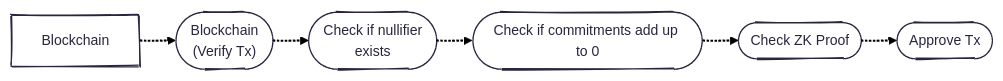
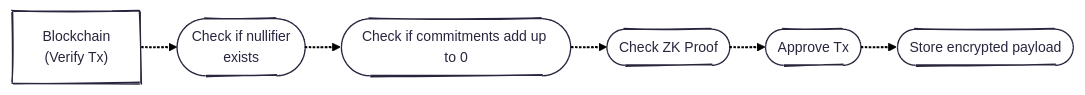
One commit to raylsnetwork/Enygma changed the sixth of 7 diagrams in enygma_payments/README.md. Above: the diagram before and after it, drawn with Mermaid. The commit also changed other lines of this file, not shown here.

````diff
--- a/enygma_payments/README.md
+++ b/enygma_payments/README.md
@@ -122,22 +147,19 @@
 ```mermaid
 ---
 config:
   theme: redux
   layout: elk
   look: handDrawn
 ---
 flowchart LR
 
-    %% Entities
-    b["Blockchain"]
-
     %% Blockchain (Verifier)
-    verify_tx(["Blockchain<br>(Verify Tx)"])
+    verify_tx["Blockchain<br>(Verify Tx)"]
     check_nullifier(["Check if nullifier<br>exists"])
     check_commit(["Check if commitments add up to 0"])
     check_zk(["Check ZK Proof"])
     tally(["Approve Tx"])
+    store(["Store encrypted payload"])
 
-
-    b -.-> verify_tx -.-> check_nullifier -.-> check_commit -.-> check_zk -.-> tally
+    verify_tx -.-> check_nullifier -.-> check_commit -.-> check_zk -.-> tally -.-> store
 ```
````
